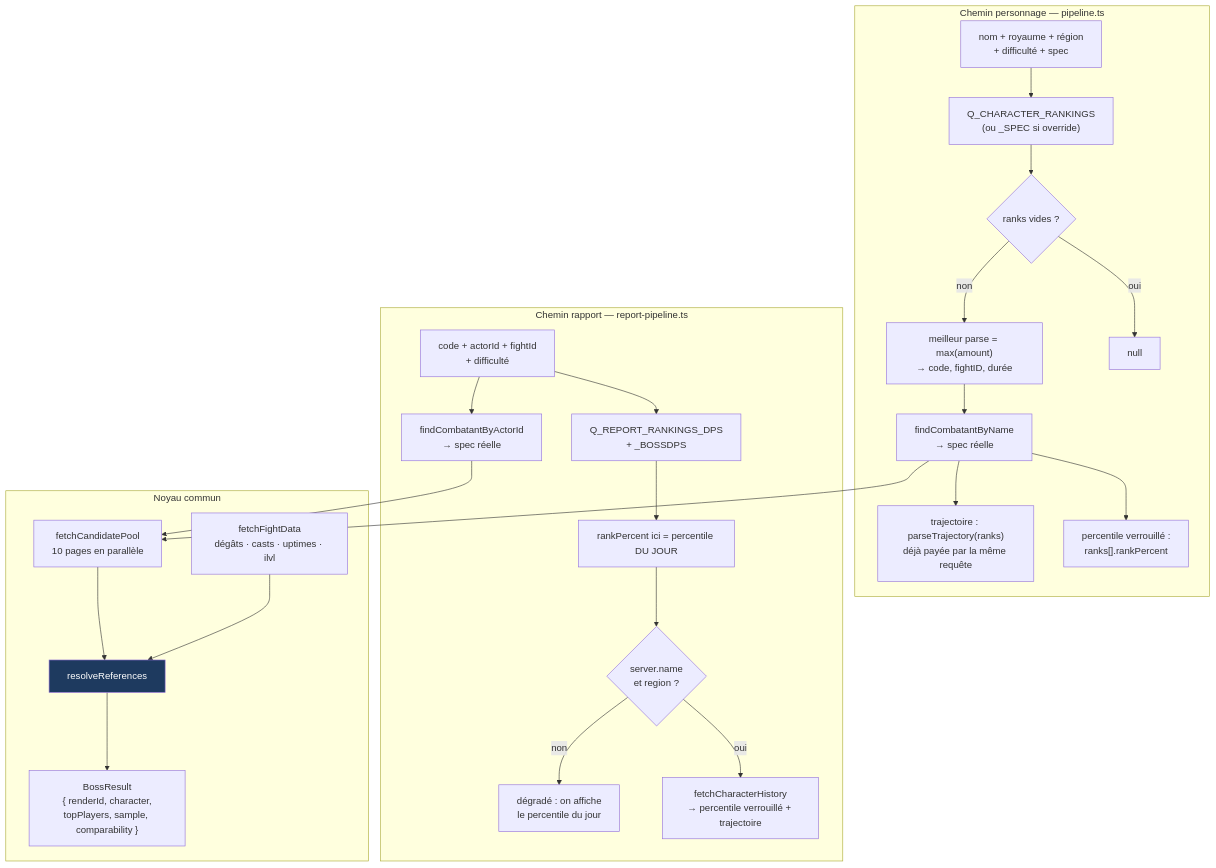
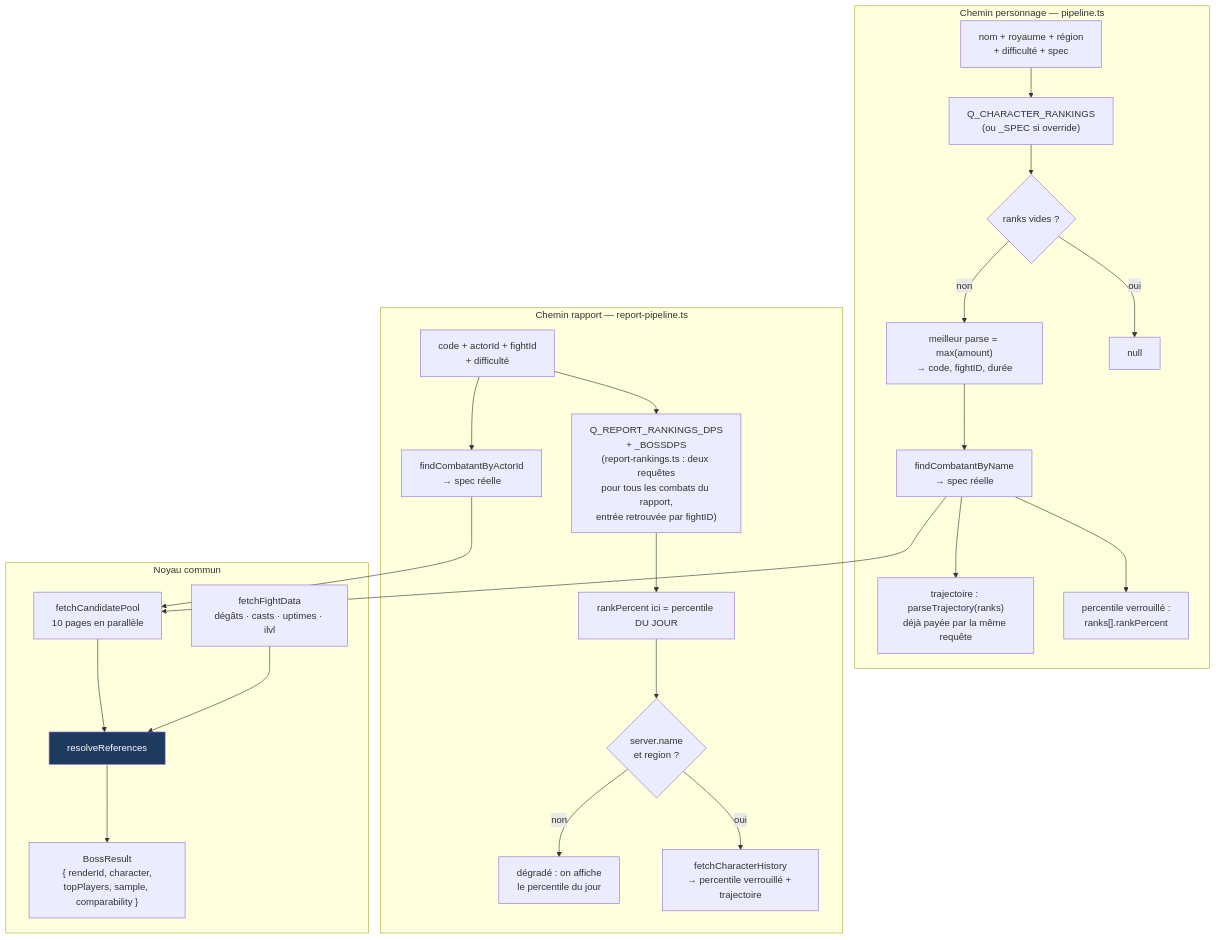
One commit to lafonth/LogLense changed the second of 3 diagrams in docs/01-architecture.md. Above: the diagram before and after it, drawn with Mermaid. The commit also changed 6 other files, not shown here.

First line of the commit message:
perf(rankings): deux requêtes de classement par rapport au lieu de deux par boss

````diff
--- a/docs/01-architecture.md
+++ b/docs/01-architecture.md
@@ -66,34 +66,34 @@
 ```mermaid
 flowchart TD
     subgraph A["Chemin personnage — pipeline.ts"]
         A1[nom + royaume + région<br/>+ difficulté + spec] --> A2["Q_CHARACTER_RANKINGS<br/>(ou _SPEC si override)"]
         A2 --> A3{ranks vides ?}
         A3 -->|oui| AN[null]
         A3 -->|non| A4["meilleur parse = max(amount)<br/>→ code, fightID, durée"]
         A4 --> A5[findCombatantByName<br/>→ spec réelle]
         A5 --> A6["percentile verrouillé :<br/>ranks[].rankPercent"]
         A5 --> A7["trajectoire : parseTrajectory(ranks)<br/>déjà payée par la même requête"]
     end
 
     subgraph B["Chemin rapport — report-pipeline.ts"]
-        B1["code + actorId + fightId<br/>+ difficulté"] --> B2[Q_REPORT_RANKINGS_DPS<br/>+ _BOSSDPS]
+        B1["code + actorId + fightId<br/>+ difficulté"] --> B2["Q_REPORT_RANKINGS_DPS<br/>+ _BOSSDPS<br/>(report-rankings.ts : deux requêtes<br/>pour tous les combats du rapport,<br/>entrée retrouvée par fightID)"]
         B1 --> B3[findCombatantByActorId<br/>→ spec réelle]
         B2 --> B4["rankPercent ici = percentile DU JOUR"]
         B4 --> B5{server.name<br/>et region ?}
         B5 -->|oui| B6["fetchCharacterHistory<br/>→ percentile verrouillé + trajectoire"]
         B5 -->|non| B7["dégradé : on affiche<br/>le percentile du jour"]
     end
 
     A5 --> C1
     B3 --> C1
 
     subgraph C["Noyau commun"]
         C1[fetchCandidatePool<br/>10 pages en parallèle]
         C2[fetchFightData<br/>dégâts · casts · uptimes · ilvl]
         C1 --> C3[resolveReferences]
         C2 --> C3
         C3 --> C4["BossResult<br/>{ renderId, character,<br/>topPlayers, sample, comparability }"]
     end
 
     style C3 fill:#1e3a5f,color:#fff
 ```
````
